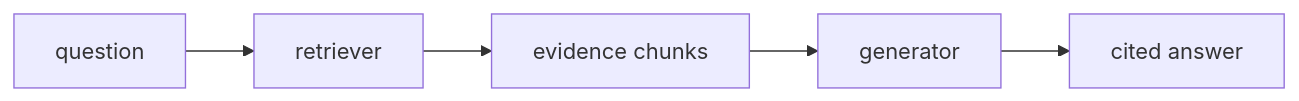
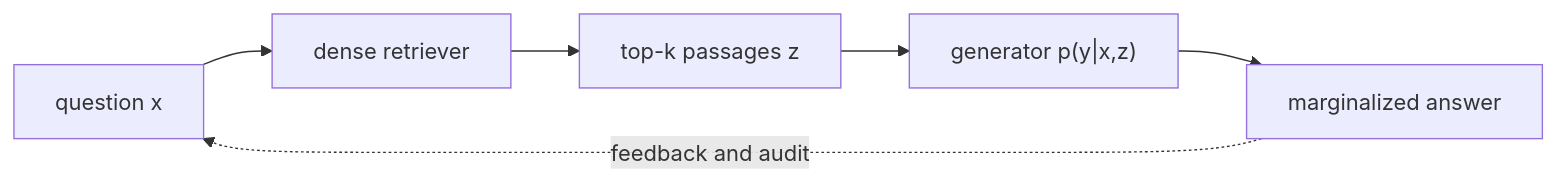
Before and after one commit to niyama-admin/learning-lab: the first of 2 diagrams in llm-learning-repository/tutorials/02-building/06-rag.md, drawn with Mermaid. The commit also changed other lines of this file and 24 other files, not shown here.

````diff
--- a/llm-learning-repository/tutorials/02-building/06-rag.md
+++ b/llm-learning-repository/tutorials/02-building/06-rag.md
@@ -9,7 +22,8 @@
 ```mermaid
 flowchart LR
-  A["question"] --> B["retriever"]
-  B["retriever"] --> C["evidence chunks"]
-  C["evidence chunks"] --> D["generator"]
-  D["generator"] --> E["cited answer"]
+  A["question x"] --> B["dense retriever"]
+  B --> C["top-k passages z"]
+  C --> D["generator p(y|x,z)"]
+  D --> E["marginalized answer"]
+  E -. feedback and audit .-> A
 ```
````
